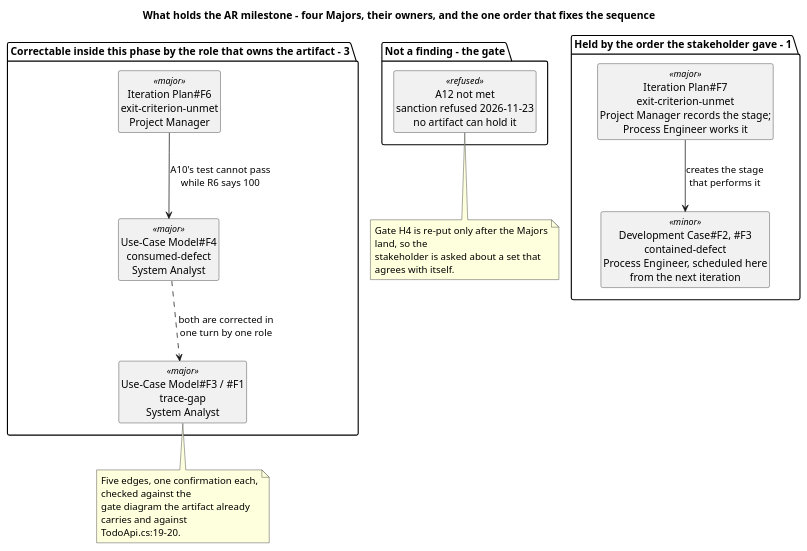
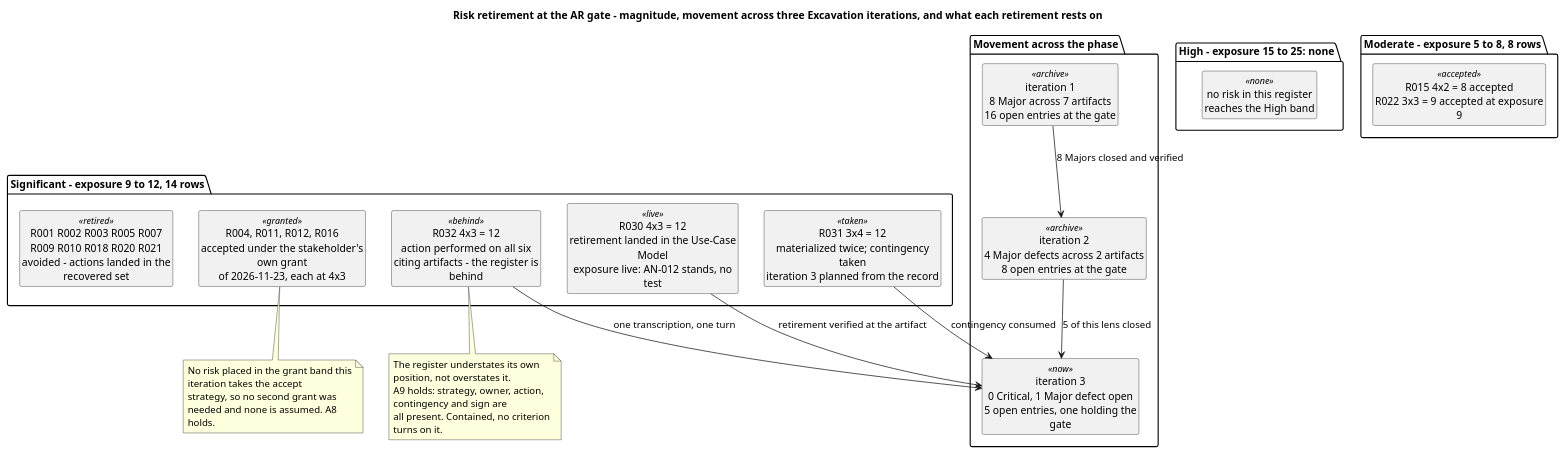
One commit to banense-test/TodoApp changed the seventh of 11 diagrams in docs/artifacts/project-management/review-record.md. Above: the diagram before and after it, drawn with PlantUML. The commit also changed other lines of this file, not shown here.

First line of the commit message:
Management Reviewer [Excavation3]: upsert Review Record

````diff
--- a/docs/artifacts/project-management/review-record.md
+++ b/docs/artifacts/project-management/review-record.md
@@ -753,40 +760,50 @@
 ```plantuml
 @startuml
-title What holds the AR milestone - four Majors, their owners, and the one order that fixes the sequence
+title Risk retirement at the AR gate - magnitude, movement across three Excavation iterations, and what each retirement rests on
 
 skinparam shadowing false
 skinparam classAttributeIconSize 0
-skinparam wrapWidth 240
+skinparam wrapWidth 235
 hide circle
 hide empty members
 
-package "Correctable inside this phase by the role that owns the artifact - 3" {
-  class "Use-Case Model#F3 / #F1\ntrace-gap\nSystem Analyst" as M1 <<major>>
-  class "Use-Case Model#F4\nconsumed-defect\nSystem Analyst" as M2 <<major>>
-  class "Iteration Plan#F6\nexit-criterion-unmet\nProject Manager" as M3 <<major>>
+package "High - exposure 15 to 25: none" {
+  class "no risk in this register\nreaches the High band" as NH <<none>>
 }
 
-package "Held by the order the stakeholder gave - 1" {
-  class "Iteration Plan#F7\nexit-criterion-unmet\nProject Manager records the stage;\nProcess Engineer works it" as M4 <<major>>
-  class "Development Case#F2, #F3\ncontained-defect\nProcess Engineer, scheduled here\nfrom the next iteration" as m1 <<minor>>
+package "Significant - exposure 9 to 12, 14 rows" {
+  class "R030 4x3 = 12\nretirement landed in the Use-Case Model\nexposure live: AN-012 stands, no test" as R30 <<live>>
+  class "R032 4x3 = 12\naction performed on all six\nciting artifacts - the register is behind" as R32 <<behind>>
+  class "R031 3x4 = 12\nmaterialized twice; contingency taken\niteration 3 planned from the record" as R31 <<taken>>
+  class "R004, R011, R012, R016\naccepted under the stakeholder's own grant\nof 2026-11-23, each at 4x3" as GRANT <<granted>>
+  class "R001 R002 R003 R005 R007\nR009 R010 R018 R020 R021\navoided - actions landed in the recovered set" as AVOID <<retired>>
 }
 
-package "Not a finding - the gate" {
-  class "A12 not met\nsanction refused 2026-11-23\nno artifact can hold it" as G1 <<refused>>
+package "Moderate - exposure 5 to 8, 8 rows" {
+  class "R015 4x2 = 8 accepted\nR022 3x3 = 9 accepted at exposure 9" as MOD <<accepted>>
 }
 
-M4 --> m1 : creates the stage\nthat performs it
-M3 --> M2 : A10's test cannot pass\nwhile R6 says 100
-M2 ..> M1 : both are corrected in\none turn by one role
+package "Movement across the phase" {
+  class "iteration 1\n8 Major across 7 artifacts\n16 open entries at the gate" as I1 <<archive>>
+  class "iteration 2\n4 Major defects across 2 artifacts\n8 open entries at the gate" as I2 <<archive>>
+  class "iteration 3\n0 Critical, 1 Major defect open\n5 open entries, one holding the gate" as I3 <<now>>
+}
 
-note bottom of M1
-  Five edges, one confirmation each, checked against the
-  gate diagram the artifact already carries and against
-  TodoApi.cs:19-20.
+R30 --> I3 : retirement verified at the artifact
+R32 --> I3 : one transcription, one turn
+R31 --> I3 : contingency consumed
+I1 --> I2 : 8 Majors closed and verified
+I2 --> I3 : 5 of this lens closed
+
+note bottom of R32
+  The register understates its own position, not overstates it.
+  A9 holds: strategy, owner, action, contingency and sign are
+  all present. Contained, no criterion turns on it.
 end note
-note bottom of G1
-  Gate H4 is re-put only after the Majors land, so the
-  stakeholder is asked about a set that agrees with itself.
+note bottom of GRANT
+  No risk placed in the grant band this iteration takes the accept
+  strategy, so no second grant was needed and none is assumed. A8 holds.
 end note
+
 @enduml
 ```
````
